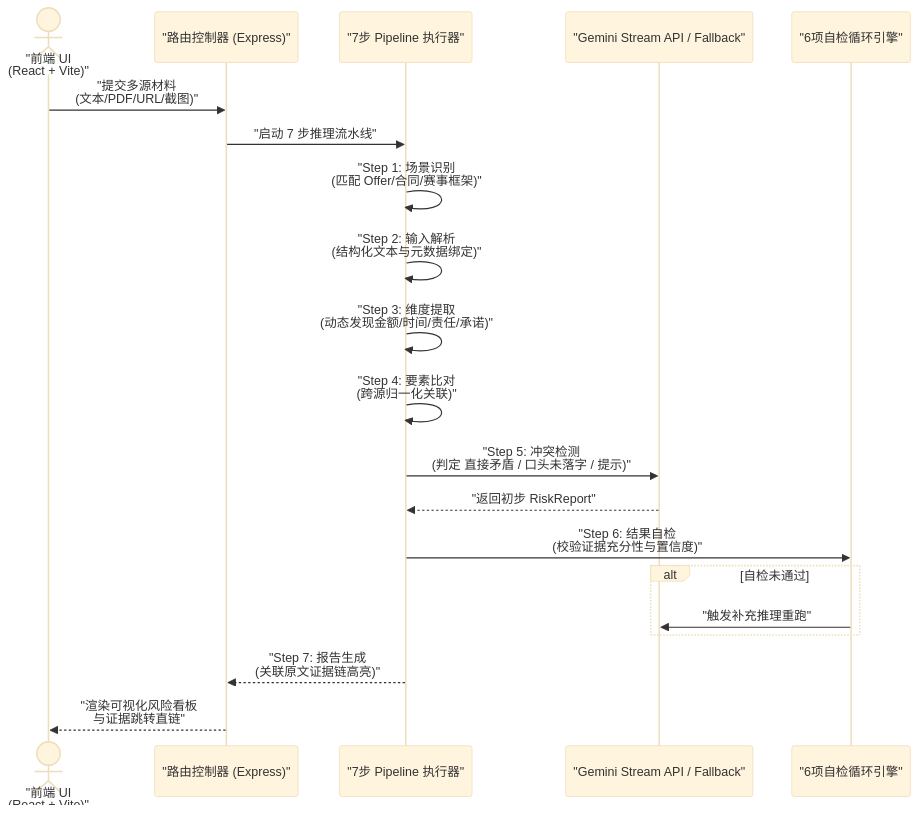
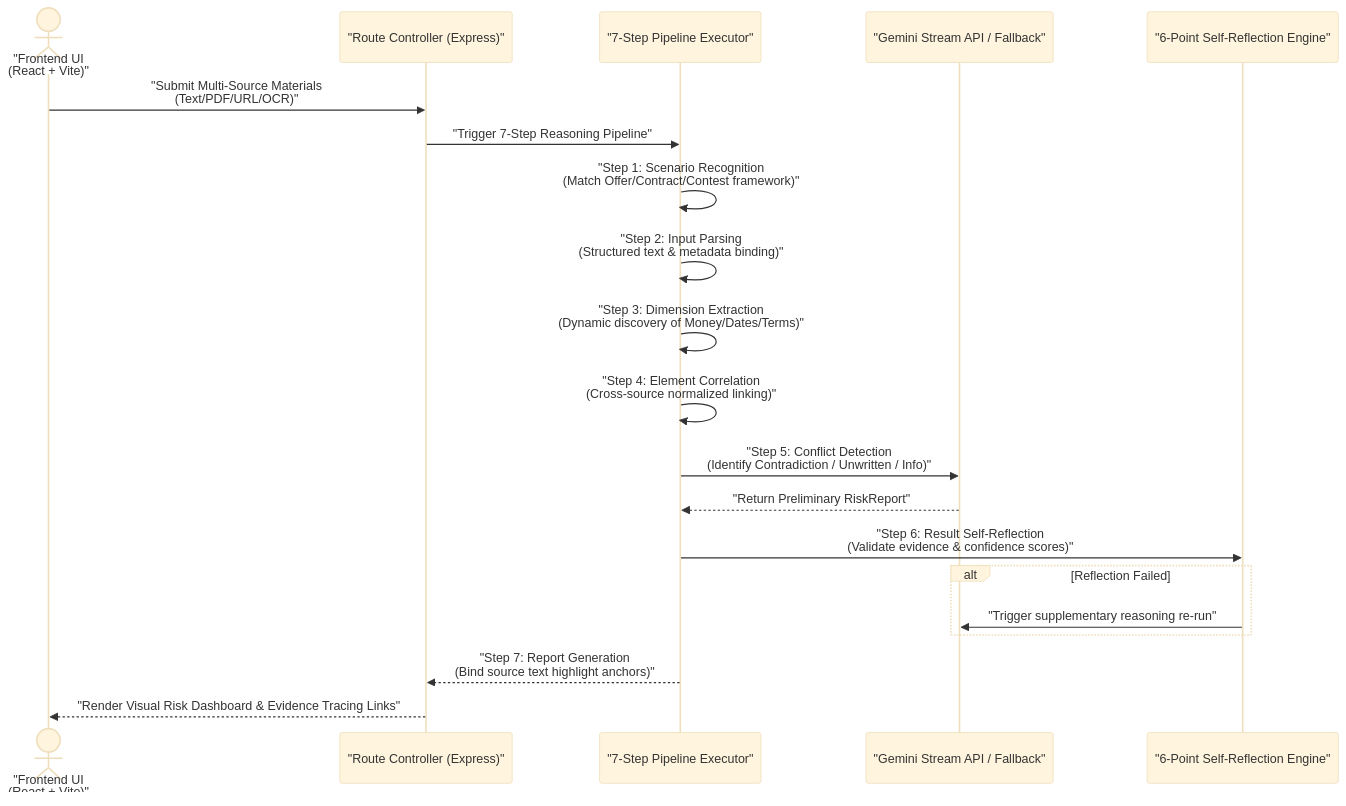
Before and after one commit to MeiSiristhebest/youju: the third of 3 diagrams in README.md, drawn with Mermaid (base theme). The commit also changed other lines of this file, not shown here.

````diff
--- a/README.md
+++ b/README.md
@@ -233,23 +238,23 @@
 ```mermaid
 sequenceDiagram
-    actor Client as "前端 UI<br/>(React + Vite)"
-    participant Server as "路由控制器 (Express)"
-    participant Pipeline as "7步 Pipeline 执行器"
+    actor Client as "Frontend UI<br/>(React + Vite)"
+    participant Server as "Route Controller (Express)"
+    participant Pipeline as "7-Step Pipeline Executor"
     participant Gemini as "Gemini Stream API / Fallback"
-    participant Verifier as "6项自检循环引擎"
+    participant Verifier as "6-Point Self-Reflection Engine"
 
-    Client->>Server: "提交多源材料<br/>(文本/PDF/URL/截图)"
-    Server->>Pipeline: "启动 7 步推理流水线"
-    Pipeline->>Pipeline: "Step 1: 场景识别<br/>(匹配 Offer/合同/赛事框架)"
-    Pipeline->>Pipeline: "Step 2: 输入解析<br/>(结构化文本与元数据绑定)"
-    Pipeline->>Pipeline: "Step 3: 维度提取<br/>(动态发现金额/时间/责任/承诺)"
-    Pipeline->>Pipeline: "Step 4: 要素比对<br/>(跨源归一化关联)"
-    Pipeline->>Gemini: "Step 5: 冲突检测<br/>(判定 直接矛盾 / 口头未落字 / 提示)"
-    Gemini-->>Pipeline: "返回初步 RiskReport"
-    Pipeline->>Verifier: "Step 6: 结果自检<br/>(校验证据充分性与置信度)"
-    alt 自检未通过
-        Verifier->>Gemini: "触发补充推理重跑"
+    Client->>Server: "Submit Multi-Source Materials<br/>(Text/PDF/URL/OCR)"
+    Server->>Pipeline: "Trigger 7-Step Reasoning Pipeline"
+    Pipeline->>Pipeline: "Step 1: Scenario Recognition<br/>(Match Offer/Contract/Contest framework)"
+    Pipeline->>Pipeline: "Step 2: Input Parsing<br/>(Structured text & metadata binding)"
+    Pipeline->>Pipeline: "Step 3: Dimension Extraction<br/>(Dynamic discovery of Money/Dates/Terms)"
+    Pipeline->>Pipeline: "Step 4: Element Correlation<br/>(Cross-source normalized linking)"
+    Pipeline->>Gemini: "Step 5: Conflict Detection<br/>(Identify Contradiction / Unwritten / Info)"
+    Gemini-->>Pipeline: "Return Preliminary RiskReport"
+    Pipeline->>Verifier: "Step 6: Result Self-Reflection<br/>(Validate evidence & confidence scores)"
+    alt Reflection Failed
+        Verifier->>Gemini: "Trigger supplementary reasoning re-run"
     end
-    Pipeline-->>Server: "Step 7: 报告生成<br/>(关联原文证据链高亮)"
-    Server-->>Client: "渲染可视化风险看板<br/>与证据跳转直链"
+    Pipeline-->>Server: "Step 7: Report Generation<br/>(Bind source text highlight anchors)"
+    Server-->>Client: "Render Visual Risk Dashboard & Evidence Tracing Links"
 ```
````
